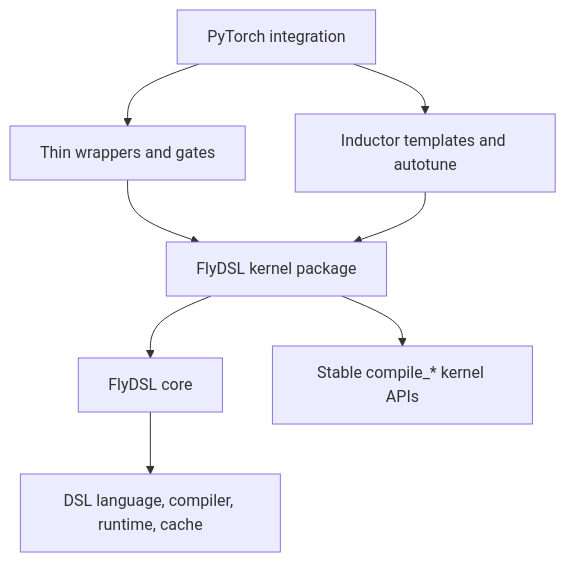
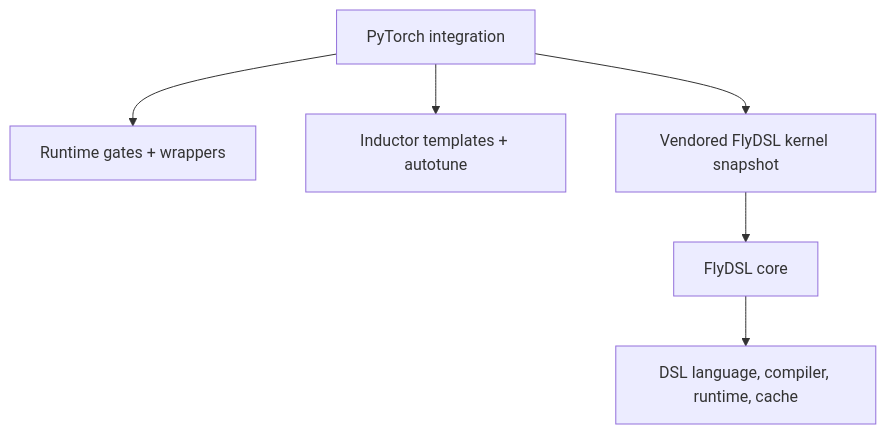
Before and after one commit to XiaobingSuper/FlyDSL: the second of 7 diagrams in docs/pytorch_integration_rfc.md, drawn with Mermaid. The commit also changed other lines of this file and 1 other file, not shown here.

````diff
--- a/docs/pytorch_integration_rfc.md
+++ b/docs/pytorch_integration_rfc.md
@@ -130,10 +158,8 @@
 ```mermaid
 flowchart TB
-    A["PyTorch integration"] --> B["Thin wrappers and gates"]
-    A --> C["Inductor templates and autotune"]
+    A["PyTorch integration"] --> B["Runtime gates + wrappers"]
+    A --> C["Inductor templates + autotune"]
+    A --> F["Vendored FlyDSL kernel snapshot"]
     D["FlyDSL core"] --> E["DSL language, compiler, runtime, cache"]
-    F["FlyDSL kernel package"] --> G["Stable compile_* kernel APIs"]
-    B --> F
-    C --> F
     F --> D
 ```
````
